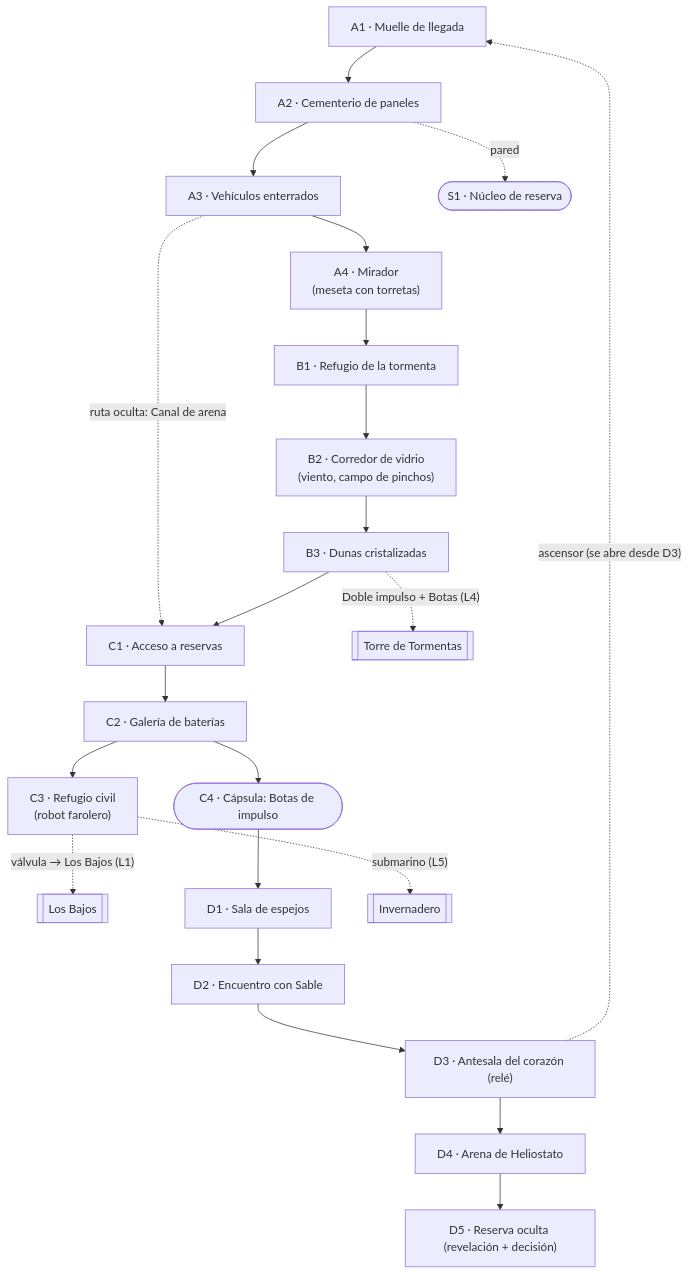
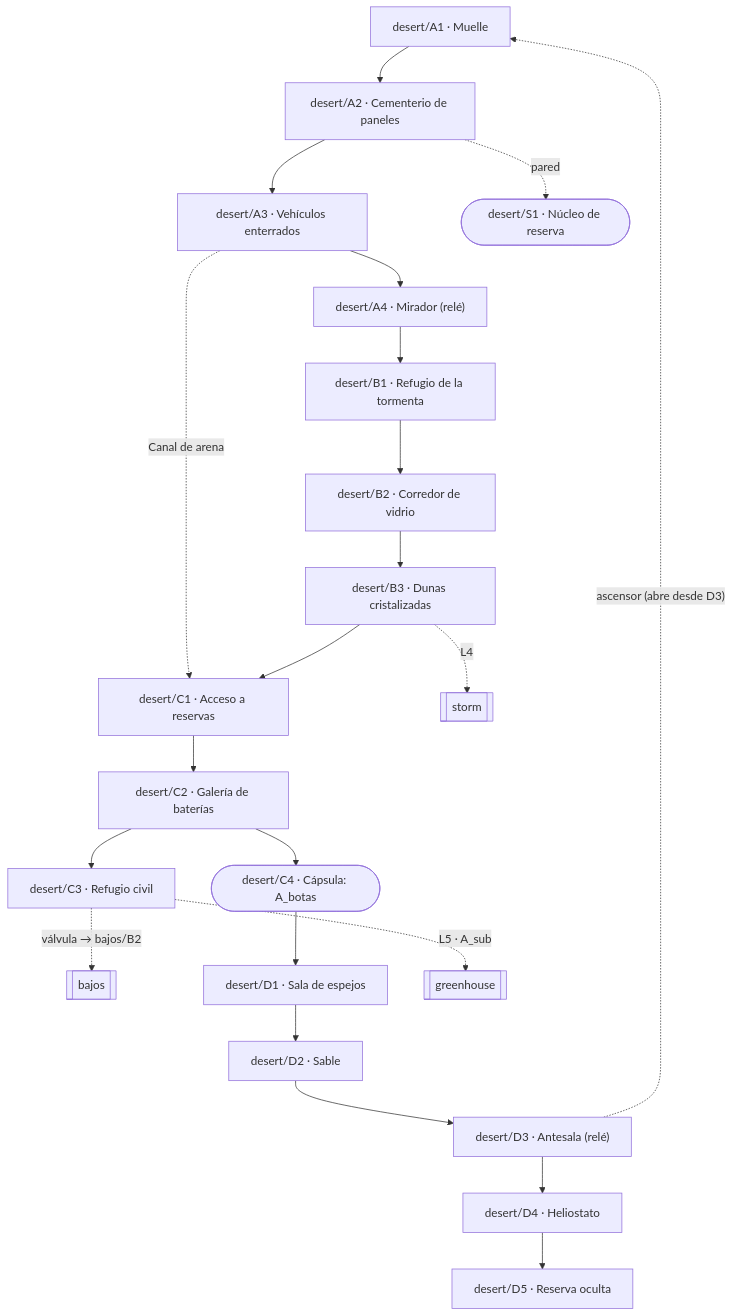
The third of 3 diagrams in docs/design/ISSUE-1_TOPOLOGIA_DEL_MUNDO.md (EdisonDavid3/ciudad-faro), drawn with Mermaid before and after one commit. The commit also changed other lines of this file and 1 other file, not shown here.

````diff
--- a/docs/design/ISSUE-1_TOPOLOGIA_DEL_MUNDO.md
+++ b/docs/design/ISSUE-1_TOPOLOGIA_DEL_MUNDO.md
@@ -143,24 +282,24 @@
 ```mermaid
 flowchart TB
-    A1["A1 · Muelle de llegada"] --> A2["A2 · Cementerio de paneles"]
-    A2 --> A3["A3 · Vehículos enterrados"]
-    A2 -. "pared" .-> S1(["S1 · Núcleo de reserva"])
-    A3 --> A4["A4 · Mirador<br/>(meseta con torretas)"]
-    A4 --> B1["B1 · Refugio de la tormenta"]
-    B1 --> B2["B2 · Corredor de vidrio<br/>(viento, campo de pinchos)"]
-    B2 --> B3["B3 · Dunas cristalizadas"]
-    A3 -. "ruta oculta: Canal de arena" .-> C1
-    B3 --> C1["C1 · Acceso a reservas"]
-    C1 --> C2["C2 · Galería de baterías"]
-    C2 --> C3["C3 · Refugio civil<br/>(robot farolero)"]
-    C2 --> C4(["C4 · Cápsula: Botas de impulso"])
-    C3 -. "válvula → Los Bajos (L1)" .-> BAJ[["Los Bajos"]]
-    C4 --> D1["D1 · Sala de espejos"]
-    D1 --> D2["D2 · Encuentro con Sable"]
-    D2 --> D3["D3 · Antesala del corazón (relé)"]
-    D3 --> D4["D4 · Arena de Heliostato"]
-    D4 --> D5["D5 · Reserva oculta (revelación + decisión)"]
-    D3 -. "ascensor (se abre desde D3)" .-> A1
-    B3 -. "Doble impulso + Botas (L4)" .-> TOR[["Torre de Tormentas"]]
-    C3 -. "submarino (L5)" .-> INV[["Invernadero"]]
+    A1["desert/A1 · Muelle"] --> A2["desert/A2 · Cementerio de paneles"]
+    A2 --> A3["desert/A3 · Vehículos enterrados"]
+    A2 -. "pared" .-> S1(["desert/S1 · Núcleo de reserva"])
+    A3 --> A4["desert/A4 · Mirador (relé)"]
+    A4 --> B1["desert/B1 · Refugio de la tormenta"]
+    B1 --> B2["desert/B2 · Corredor de vidrio"]
+    B2 --> B3["desert/B3 · Dunas cristalizadas"]
+    A3 -. "Canal de arena" .-> C1
+    B3 --> C1["desert/C1 · Acceso a reservas"]
+    C1 --> C2["desert/C2 · Galería de baterías"]
+    C2 --> C3["desert/C3 · Refugio civil"]
+    C2 --> C4(["desert/C4 · Cápsula: A_botas"])
+    C3 -. "válvula → bajos/B2" .-> BAJ[["bajos"]]
+    C4 --> D1["desert/D1 · Sala de espejos"]
+    D1 --> D2["desert/D2 · Sable"]
+    D2 --> D3["desert/D3 · Antesala (relé)"]
+    D3 --> D4["desert/D4 · Heliostato"]
+    D4 --> D5["desert/D5 · Reserva oculta"]
+    D3 -. "ascensor (abre desde D3)" .-> A1
+    B3 -. "L4" .-> TOR[["storm"]]
+    C3 -. "L5 · A_sub" .-> INV[["greenhouse"]]
 ```
````
